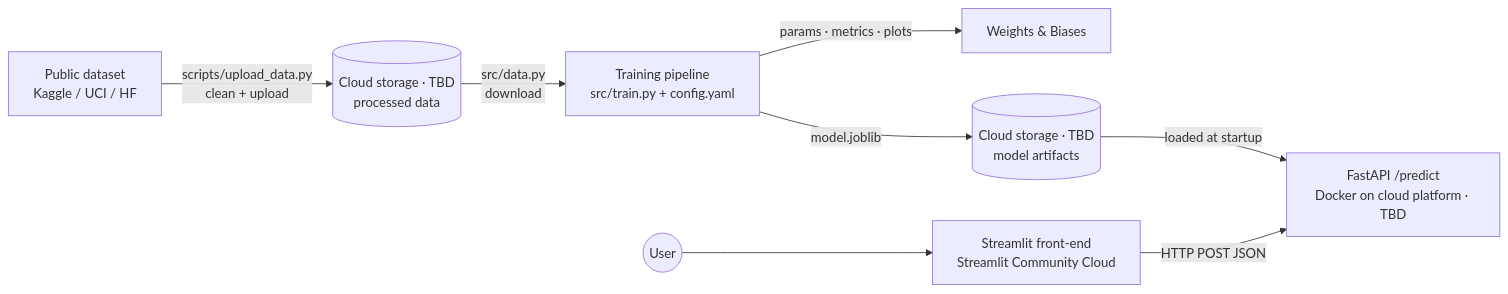
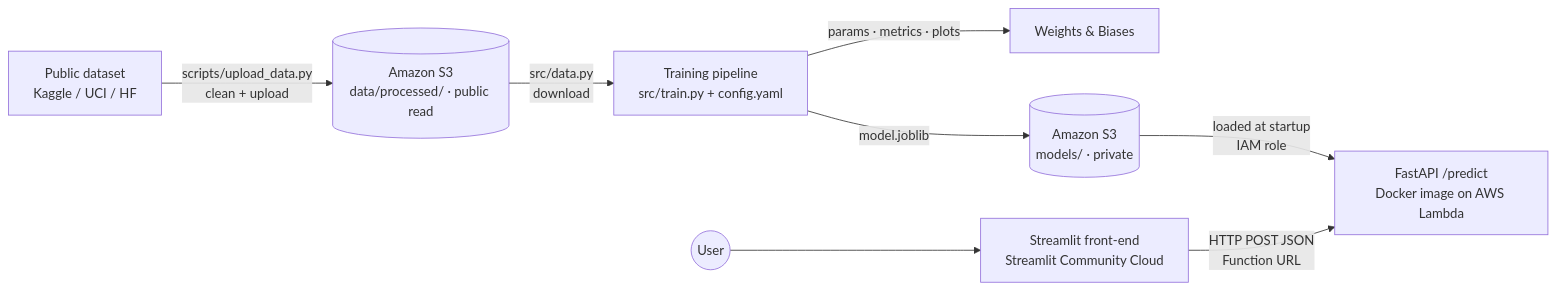
Before and after one commit to haydn-s/sourcing-data-project-3: the diagram in README.md, drawn with Mermaid. The commit also changed other lines of this file and 1 other file, not shown here.

First line of the commit message:
docs: choose aws s3 and lambda for storage and serving

````diff
--- a/README.md
+++ b/README.md
@@ -77,10 +77,10 @@
 ```mermaid
 flowchart LR
-    SRC[Public dataset<br/>Kaggle / UCI / HF] -->|scripts/upload_data.py<br/>clean + upload| STORED[(Cloud storage · TBD<br/>processed data)]
+    SRC[Public dataset<br/>Kaggle / UCI / HF] -->|scripts/upload_data.py<br/>clean + upload| STORED[(Amazon S3<br/>data/processed/ · public read)]
     STORED -->|src/data.py<br/>download| TRAIN[Training pipeline<br/>src/train.py + config.yaml]
     TRAIN -->|params · metrics · plots| WB[Weights & Biases]
-    TRAIN -->|model.joblib| STOREM[(Cloud storage · TBD<br/>model artifacts)]
-    STOREM -->|loaded at startup| API[FastAPI /predict<br/>Docker on cloud platform · TBD]
-    UI[Streamlit front-end<br/>Streamlit Community Cloud] -->|HTTP POST JSON| API
+    TRAIN -->|model.joblib| STOREM[(Amazon S3<br/>models/ · private)]
+    STOREM -->|loaded at startup<br/>IAM role| API[FastAPI /predict<br/>Docker image on AWS Lambda]
+    UI[Streamlit front-end<br/>Streamlit Community Cloud] -->|HTTP POST JSON<br/>Function URL| API
     USER((User)) --> UI
 ```
````
